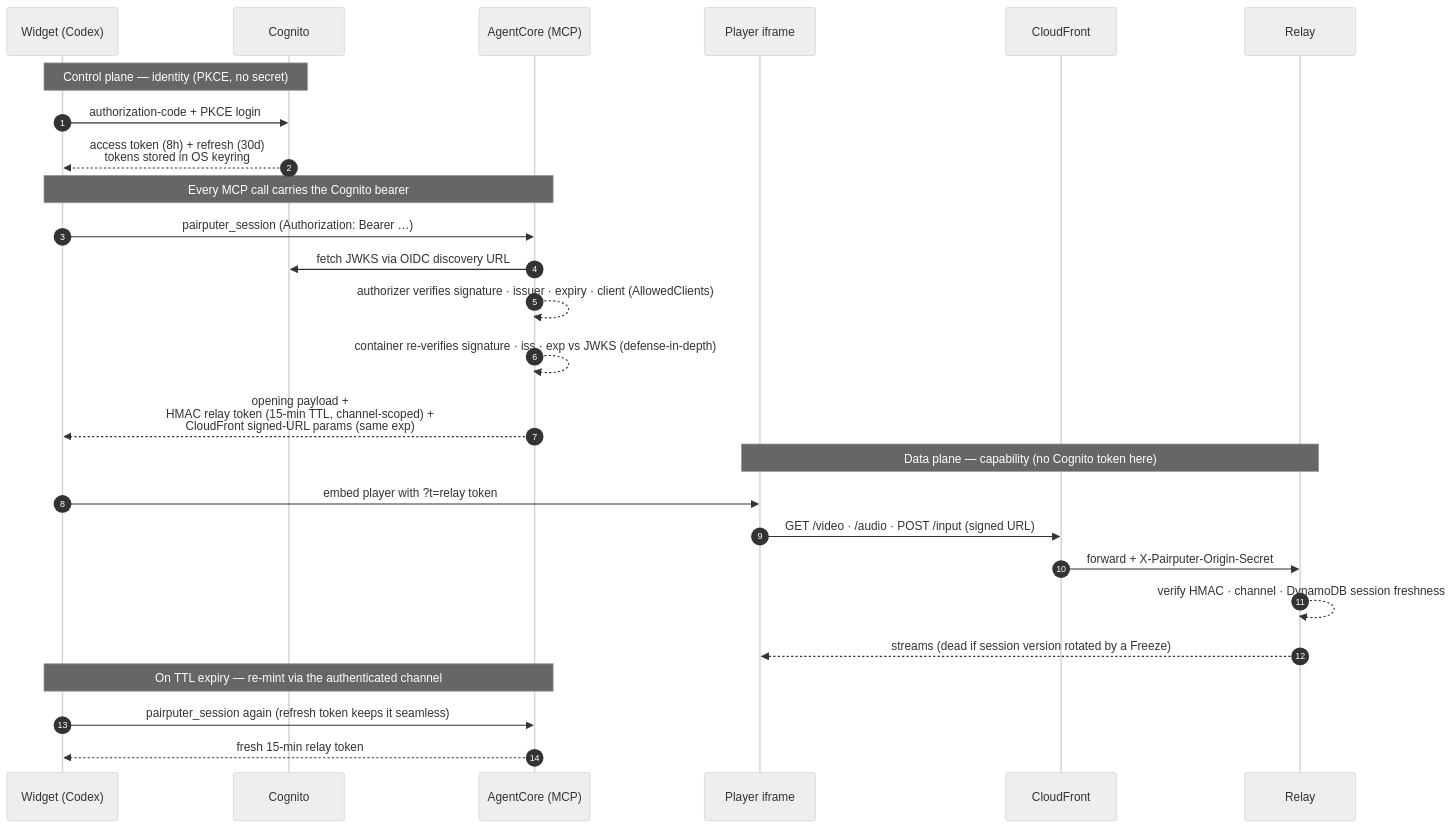
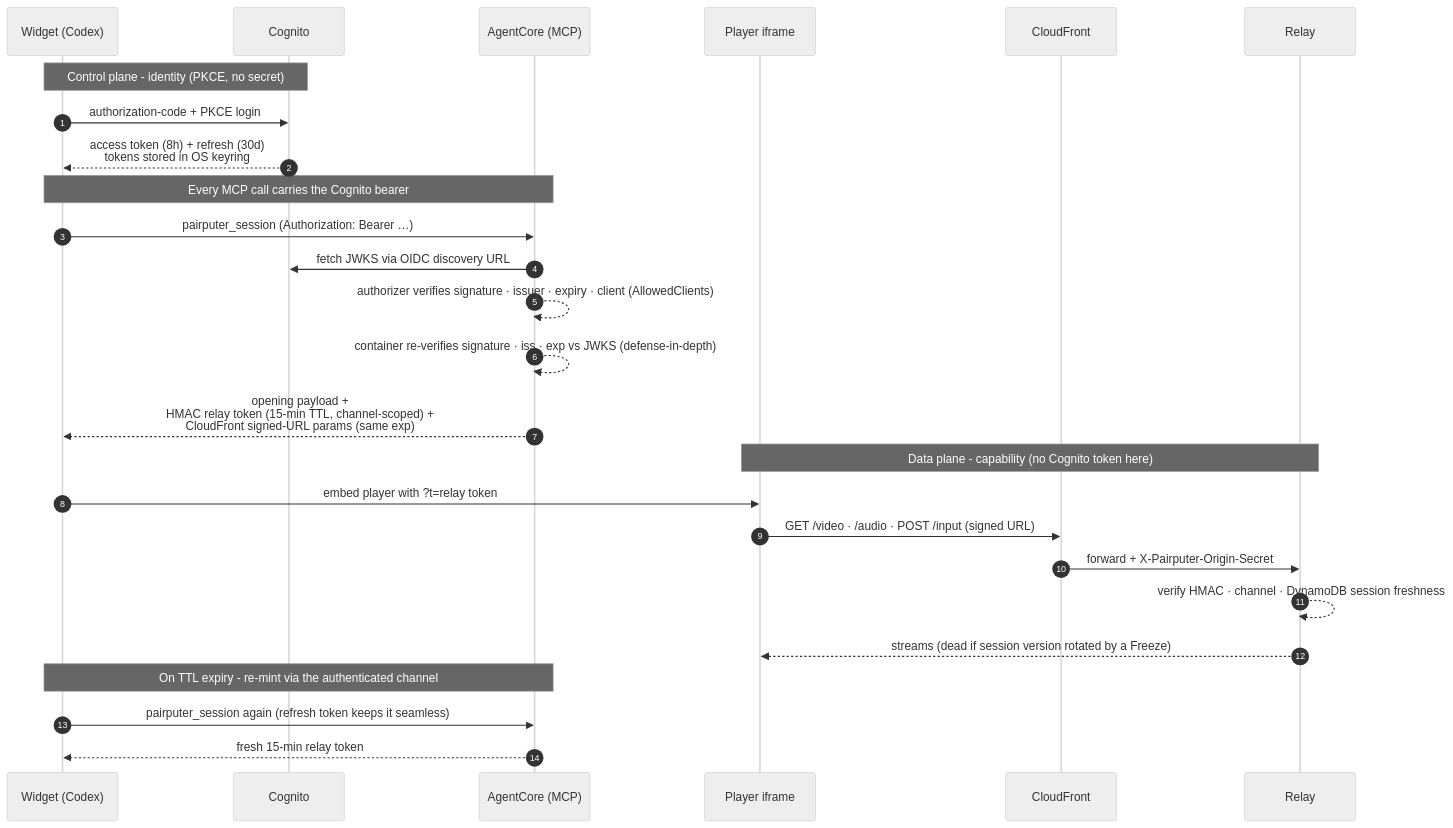
Before and after one commit to somoore/pairputer-on-aws: the second of 2 diagrams in docs/architecture.md, drawn with Mermaid (neutral theme). The commit also changed other lines of this file and 8 other files, not shown here.

````diff
--- a/docs/architecture.md
+++ b/docs/architecture.md
@@ -129,32 +128,32 @@
 ```mermaid
 sequenceDiagram
     autonumber
     participant W as Widget (Codex)
     participant C as Cognito
     participant A as AgentCore (MCP)
     participant P as Player iframe
     participant CF as CloudFront
     participant R as Relay
 
-    Note over W,C: Control plane — identity (PKCE, no secret)
+    Note over W,C: Control plane - identity (PKCE, no secret)
     W->>C: authorization-code + PKCE login
     C-->>W: access token (8h) + refresh (30d)<br/>tokens stored in OS keyring
 
     Note over W,A: Every MCP call carries the Cognito bearer
     W->>A: pairputer_session (Authorization: Bearer …)
     A->>C: fetch JWKS via OIDC discovery URL
     A-->>A: authorizer verifies signature · issuer · expiry · client (AllowedClients)
     A-->>A: container re-verifies signature · iss · exp vs JWKS (defense-in-depth)
     A-->>W: opening payload +<br/>HMAC relay token (15-min TTL, channel-scoped) +<br/>CloudFront signed-URL params (same exp)
 
-    Note over P,R: Data plane — capability (no Cognito token here)
+    Note over P,R: Data plane - capability (no Cognito token here)
     W->>P: embed player with ?t=relay token
     P->>CF: GET /video · /audio · POST /input (signed URL)
     CF->>R: forward + X-Pairputer-Origin-Secret
     R-->>R: verify HMAC · channel · DynamoDB session freshness
     R-->>P: streams (dead if session version rotated by a Freeze)
 
-    Note over W,A: On TTL expiry — re-mint via the authenticated channel
+    Note over W,A: On TTL expiry - re-mint via the authenticated channel
     W->>A: pairputer_session again (refresh token keeps it seamless)
     A-->>W: fresh 15-min relay token
 ```
````
